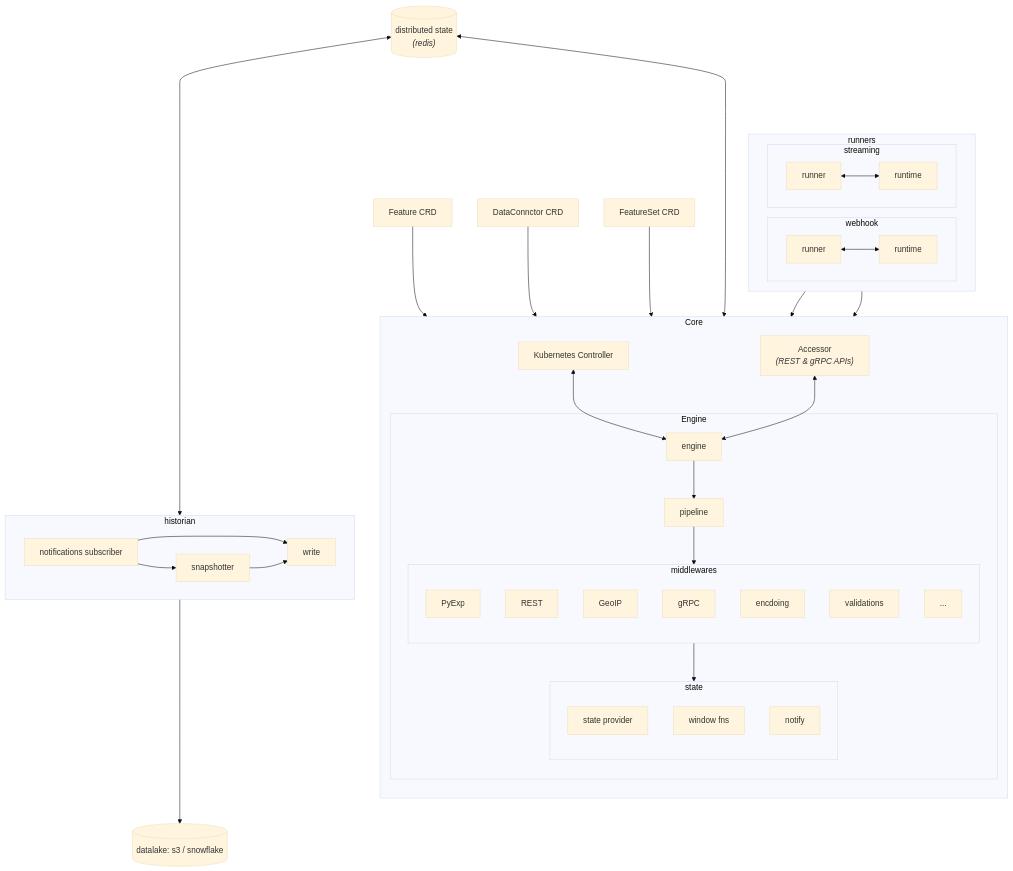
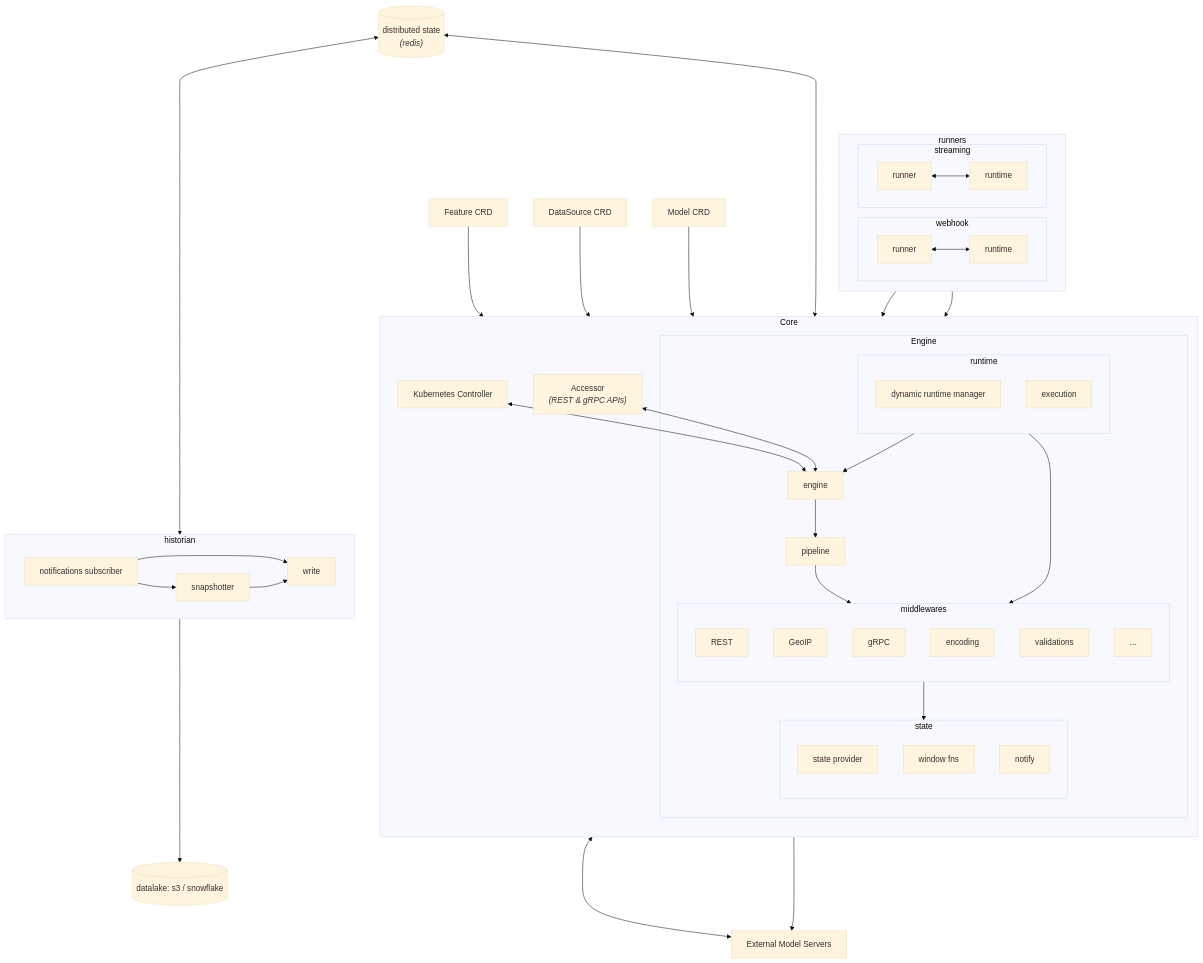
The first of 2 diagrams in docs/reference/spec.md (raptor-ml/docs), drawn with Mermaid (base theme) before and after one commit. The commit also changed other lines of this file and 63 other files, not shown here.

````diff
--- a/docs/reference/spec.md
+++ b/docs/reference/spec.md
@@ -9,52 +10,62 @@
 ```mermaid
 flowchart
     subgraph Core
         direction TB
         engine --> pipeline
         ctrl[Kubernetes Controller] & acc["Accessor<br><i>(REST & gRPC APIs)</i>"] <--> engine
+
         subgraph Engine
             engine
             pipeline --> middlewares --> state
-            
+            runtime --> engine
+            runtime --> middlewares
+
             subgraph state
-            direction TB
+                direction TB
                 p[state provider]
                 win[window fns]
                 notify
             end
 
             subgraph middlewares
                 direction TB
-                PyExp
                 REST
                 GeoIP
                 gRPC
-                encdoing
+                encoding
                 validations
                 ...
+            end
+
+            subgraph runtime
+                direction TB
+                dyn[dynamic runtime manager]
+                exec[execution]
             end
         end
     end
 
     redis[("distributed state <br><i>(redis)</i>")] <-----> state & sub
     ft[Feature CRD] --> ctrl
-    dconn[DataConnctor CRD] --> ctrl
-    fs[FeatureSet CRD] --> ctrl
+    dsrc[DataSource CRD] --> ctrl
+    model[Model CRD] --> ctrl
+    ctrl <---> mserv[External Model Servers]
+    middlewares --> mserv
 
     subgraph runners
         direction LR
         subgraph webhook
             wh[runner] <--> r[runtime] --> acc
         end
         subgraph streaming
             st[runner] <--> r2[runtime] --> acc
         end
     end
     subgraph historian
         direction LR
         sub[notifications subscriber] --> snapshotter & write
         snapshotter --> write
     end
 
-    write --> dw[(datalake: s3 / snowflake)]
+    write --> dw[( datalake: s3 / snowflake)]
 ```
````
